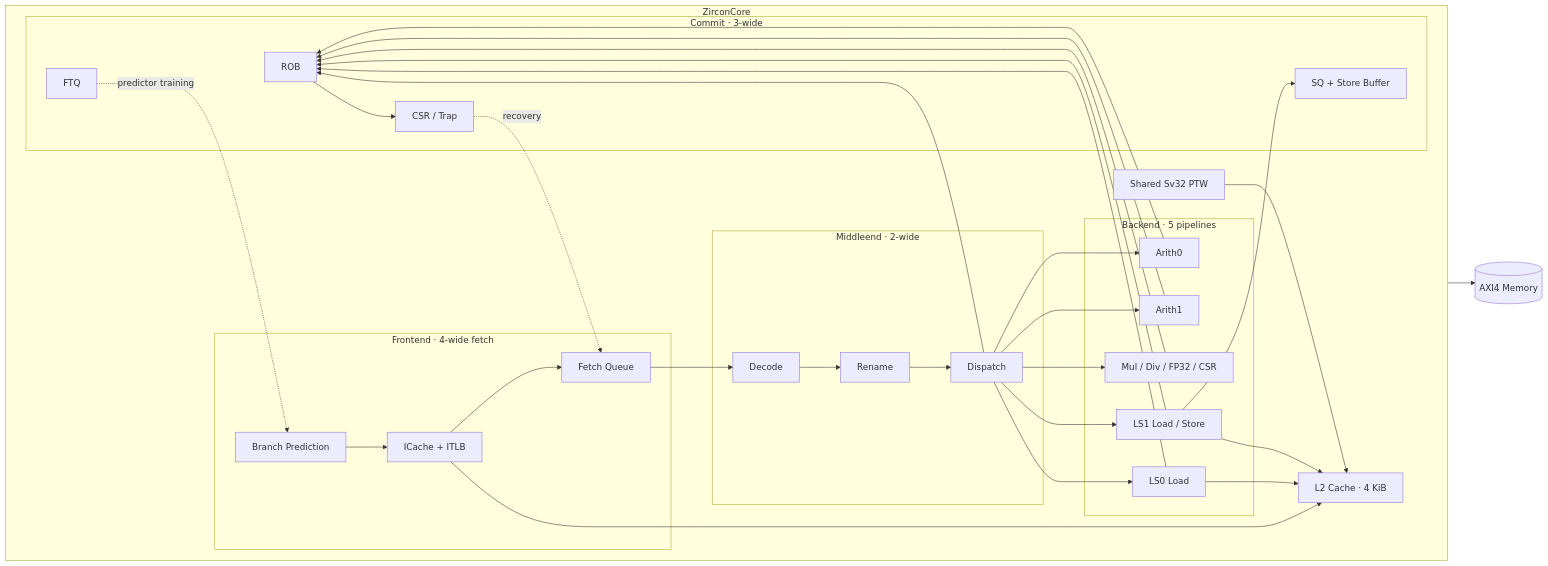
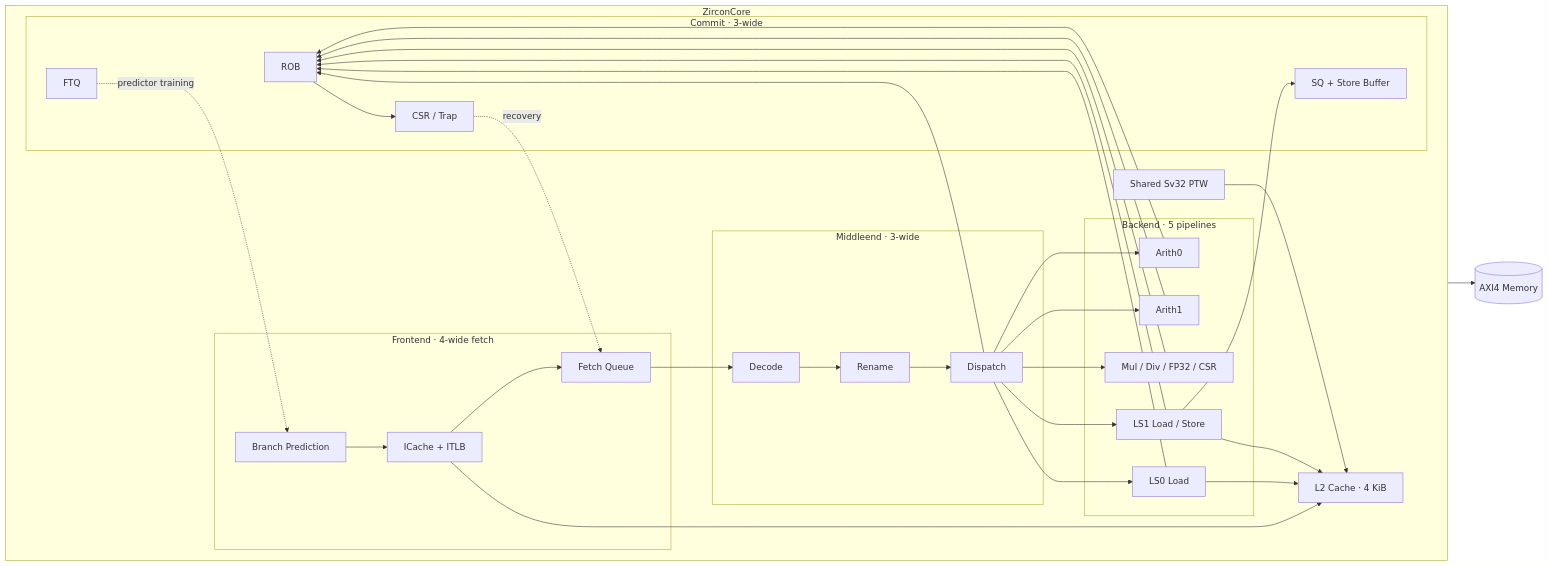
Before and after one commit to MAdrid1011/Zircon-2026: the diagram in README.md, drawn with Mermaid. The commit also changed other lines of this file and 47 other files, not shown here.

Commit message:
feat: finalize Linux bring-up architecture (#66)

````diff
--- a/README.md
+++ b/README.md
@@ -30,63 +30,63 @@
 ```mermaid
 flowchart LR
     AXI[(AXI4 Memory)]
 
     subgraph Core[ZirconCore]
         direction LR
 
         subgraph FE[Frontend · 4-wide fetch]
             BP[Branch Prediction]
             IC[ICache + ITLB]
             FQ[Fetch Queue]
             BP --> IC --> FQ
         end
 
-        subgraph ME[Middleend · 2-wide]
+        subgraph ME[Middleend · 3-wide]
             DEC[Decode]
             REN[Rename]
             DSP[Dispatch]
             DEC --> REN --> DSP
         end
 
         subgraph BE[Backend · 5 pipelines]
             A0[Arith0]
             A1[Arith1]
             MIX[Mul / Div / FP32 / CSR]
             LS0[LS0 Load]
             LS1[LS1 Load / Store]
         end
 
         subgraph CMT[Commit · 3-wide]
             ROB[ROB]
             FTQ[FTQ]
             SQ[SQ + Store Buffer]
             CSR[CSR / Trap]
         end
 
         MMU[Shared Sv32 PTW]
         L2[L2 Cache · 4 KiB]
 
         FQ --> DEC
         DSP --> A0
         DSP --> A1
         DSP --> MIX
         DSP --> LS0
         DSP --> LS1
         DSP --> ROB
         A0 --> ROB
         A1 --> ROB
         MIX --> ROB
         LS0 --> ROB
         LS1 --> ROB
         LS1 --> SQ
         ROB --> CSR
         CSR -. recovery .-> FQ
         FTQ -. predictor training .-> BP
         IC --> L2
         LS0 --> L2
         LS1 --> L2
         MMU --> L2
     end
 
     L2 --> AXI
 ```
````
